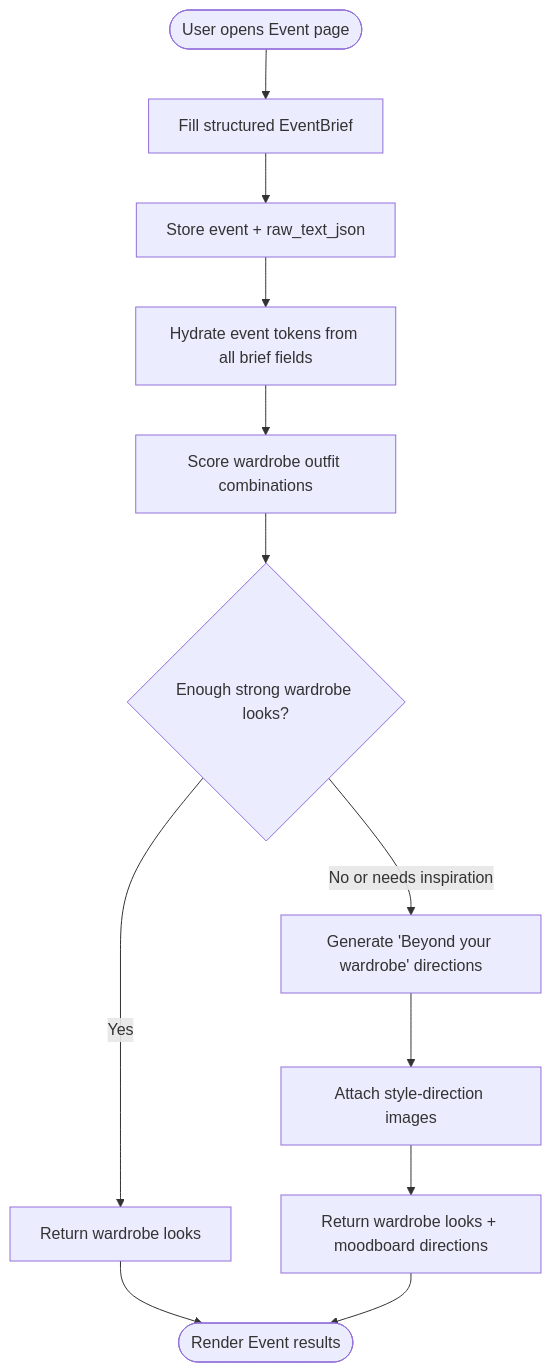
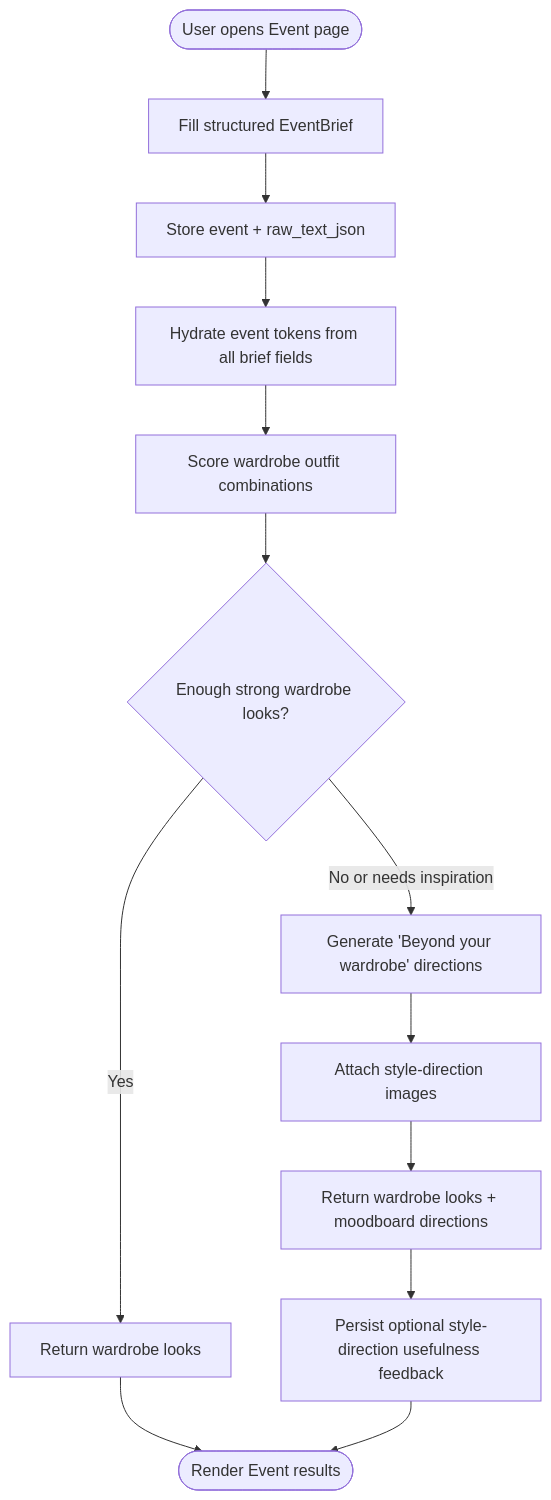
Before and after one commit to ankitapandit/LuxeLookAI: the third of 7 diagrams in docs/luxelook-activity.md, drawn with Mermaid. The commit also changed other lines of this file and 38 other files, not shown here.

````diff
--- a/docs/luxelook-activity.md
+++ b/docs/luxelook-activity.md
@@ -135,26 +137,28 @@
 ```mermaid
 flowchart TD
     START([User opens Event page])
     BRIEF["Fill structured EventBrief"]
     CREATE["Store event + raw_text_json"]
     TOKENS["Hydrate event tokens from all brief fields"]
     SCORE["Score wardrobe outfit combinations"]
     CHECK{"Enough strong wardrobe looks?"}
     RETURN1["Return wardrobe looks"]
     BUILDSTYLE["Generate 'Beyond your wardrobe' directions"]
     ENRICH["Attach style-direction images"]
+    FEEDBACK["Persist optional style-direction usefulness feedback"]
     RETURN2["Return wardrobe looks + moodboard directions"]
     END([Render Event results])
 
     START --> BRIEF
     BRIEF --> CREATE
     CREATE --> TOKENS
     TOKENS --> SCORE
     SCORE --> CHECK
     CHECK -->|Yes| RETURN1
     CHECK -->|No or needs inspiration| BUILDSTYLE
     BUILDSTYLE --> ENRICH
     RETURN1 --> END
     ENRICH --> RETURN2
-    RETURN2 --> END
+    RETURN2 --> FEEDBACK
+    FEEDBACK --> END
 ```
````
